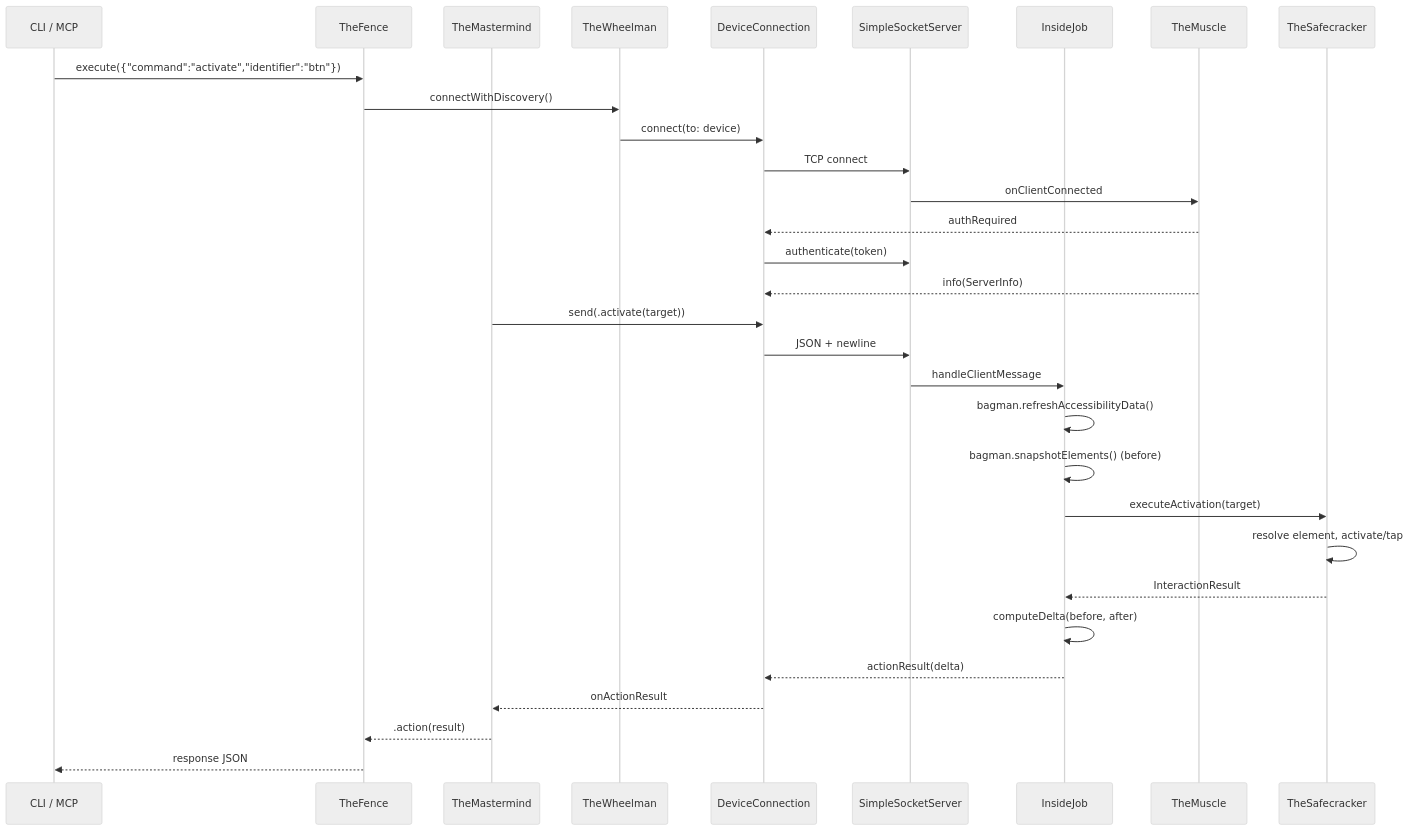
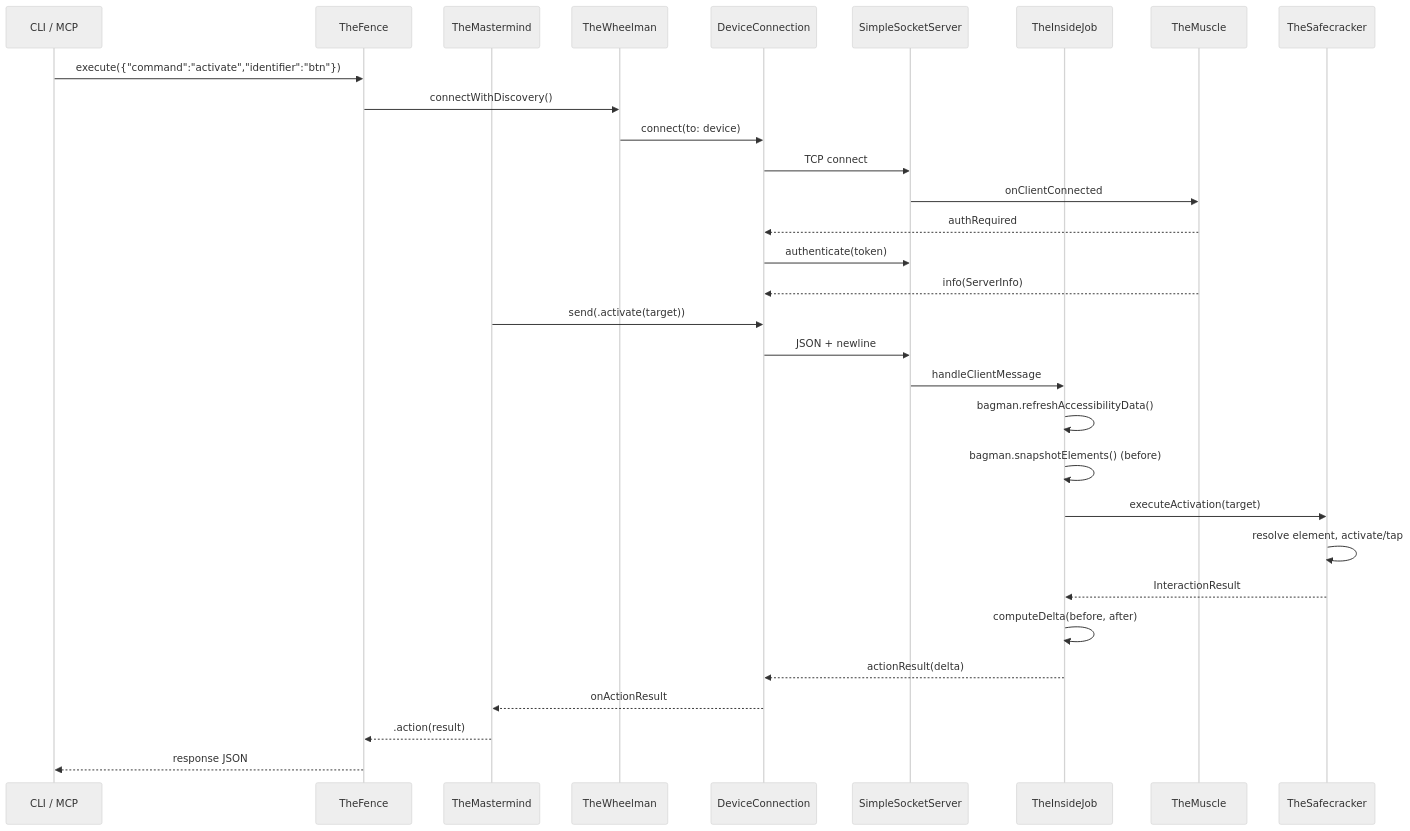
Before and after one commit to RoyalPineapple/TheButtonHeist: the second of 2 diagrams in docs/dossiers/00-OVERVIEW.md, drawn with Mermaid (neutral theme). The commit also changed other lines of this file and 66 other files, not shown here.

Commit message:
Rename InsideJob to TheInsideJob (framework and class only)

````diff
--- a/docs/dossiers/00-OVERVIEW.md
+++ b/docs/dossiers/00-OVERVIEW.md
@@ -57,34 +57,34 @@
 ```mermaid
 sequenceDiagram
     participant CLI as CLI / MCP
     participant TF as TheFence
     participant TM as TheMastermind
     participant TW as TheWheelman
     participant DC as DeviceConnection
     participant SS as SimpleSocketServer
-    participant IJ as InsideJob
+    participant IJ as TheInsideJob
     participant TM2 as TheMuscle
     participant TS as TheSafecracker
 
     CLI->>TF: execute({"command":"activate","identifier":"btn"})
     TF->>TW: connectWithDiscovery()
     TW->>DC: connect(to: device)
     DC->>SS: TCP connect
     SS->>TM2: onClientConnected
     TM2-->>DC: authRequired
     DC->>SS: authenticate(token)
     TM2-->>DC: info(ServerInfo)
     TM->>DC: send(.activate(target))
     DC->>SS: JSON + newline
     SS->>IJ: handleClientMessage
     IJ->>IJ: bagman.refreshAccessibilityData()
     IJ->>IJ: bagman.snapshotElements() (before)
     IJ->>TS: executeActivation(target)
     TS->>TS: resolve element, activate/tap
     TS-->>IJ: InteractionResult
     IJ->>IJ: computeDelta(before, after)
     IJ-->>DC: actionResult(delta)
     DC-->>TM: onActionResult
     TM-->>TF: .action(result)
     TF-->>CLI: response JSON
 ```
````
